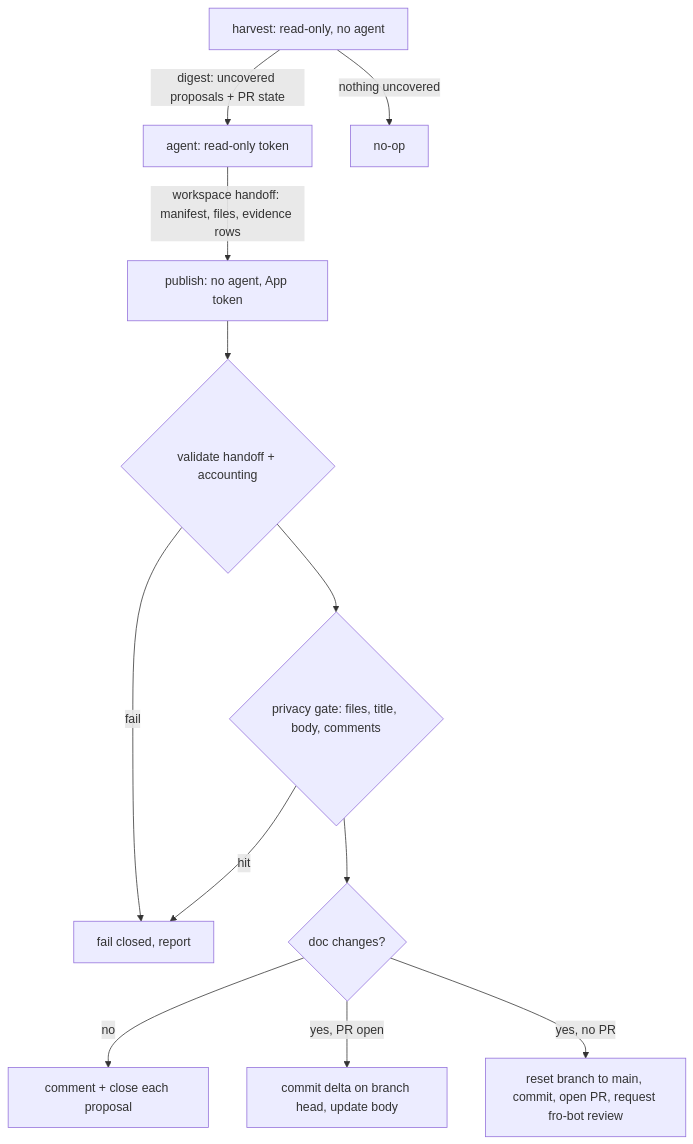
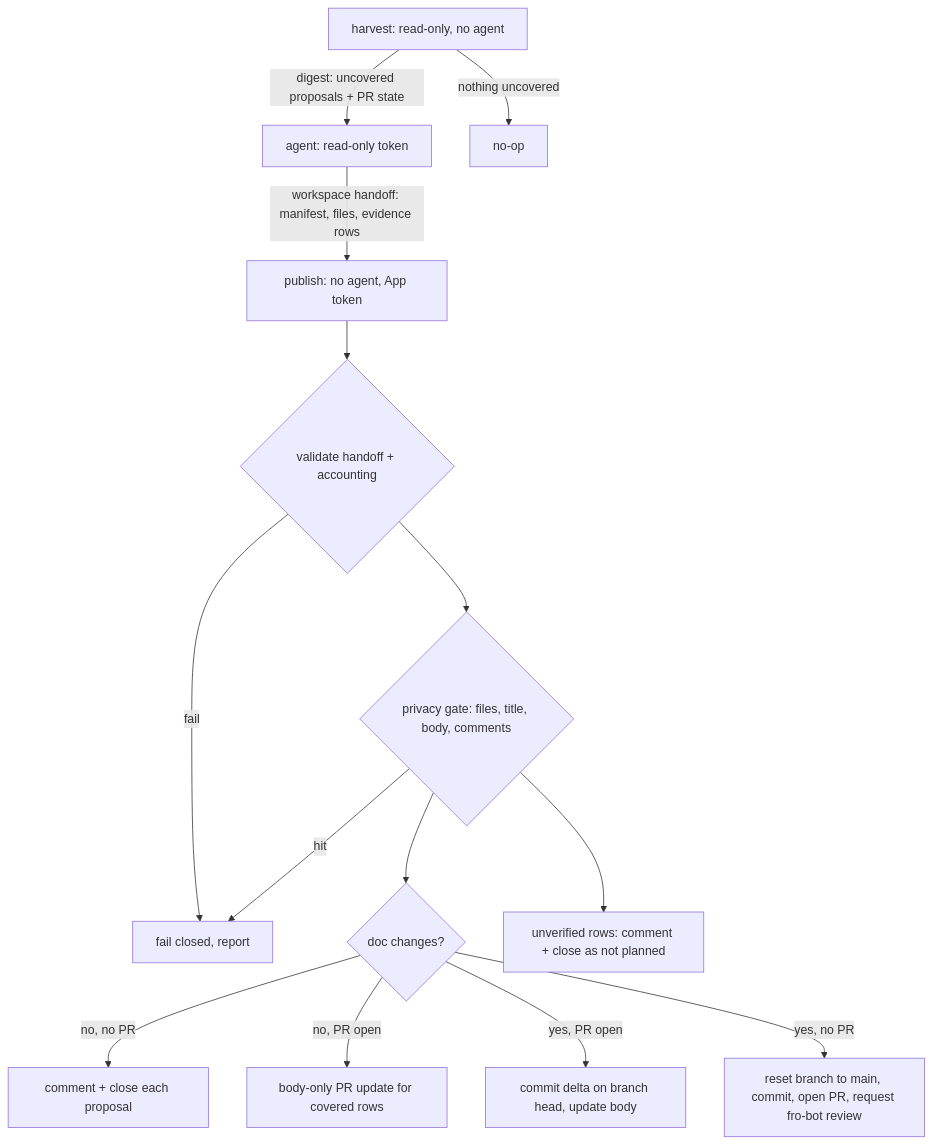
The diagram in docs/plans/2026-10-09-002-feat-drafted-solution-docs-plan.md (fro-bot/.github), drawn with Mermaid before and after one commit. The commit also changed other lines of this file, not shown here.

````diff
--- a/docs/plans/2026-10-09-002-feat-drafted-solution-docs-plan.md
+++ b/docs/plans/2026-10-09-002-feat-drafted-solution-docs-plan.md
@@ -164,14 +167,16 @@
 ```mermaid
 flowchart TB
   H[harvest: read-only, no agent] -->|digest: uncovered proposals + PR state| A
   H -->|nothing uncovered| X[no-op]
   A[agent: read-only token] -->|workspace handoff: manifest, files, evidence rows| P
   P[publish: no agent, App token] --> V{validate handoff + accounting}
   V -->|fail| F[fail closed, report]
   V --> G{privacy gate: files, title, body, comments}
   G -->|hit| F
   G --> D{doc changes?}
-  D -->|no| C[comment + close each proposal]
+  D -->|no, no PR| C[comment + close each proposal]
+  D -->|no, PR open| B[body-only PR update for covered rows]
+  G --> UV[unverified rows: comment + close as not planned]
   D -->|yes, PR open| U[commit delta on branch head, update body]
   D -->|yes, no PR| N[reset branch to main, commit, open PR, request fro-bot review]
 ```
````
